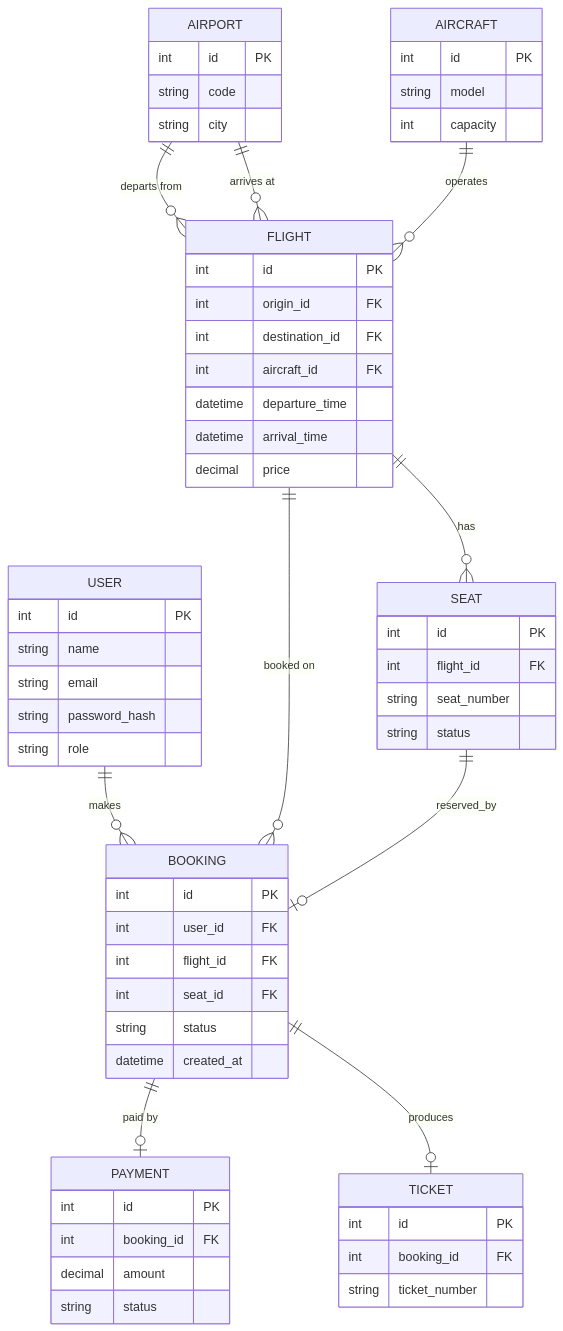
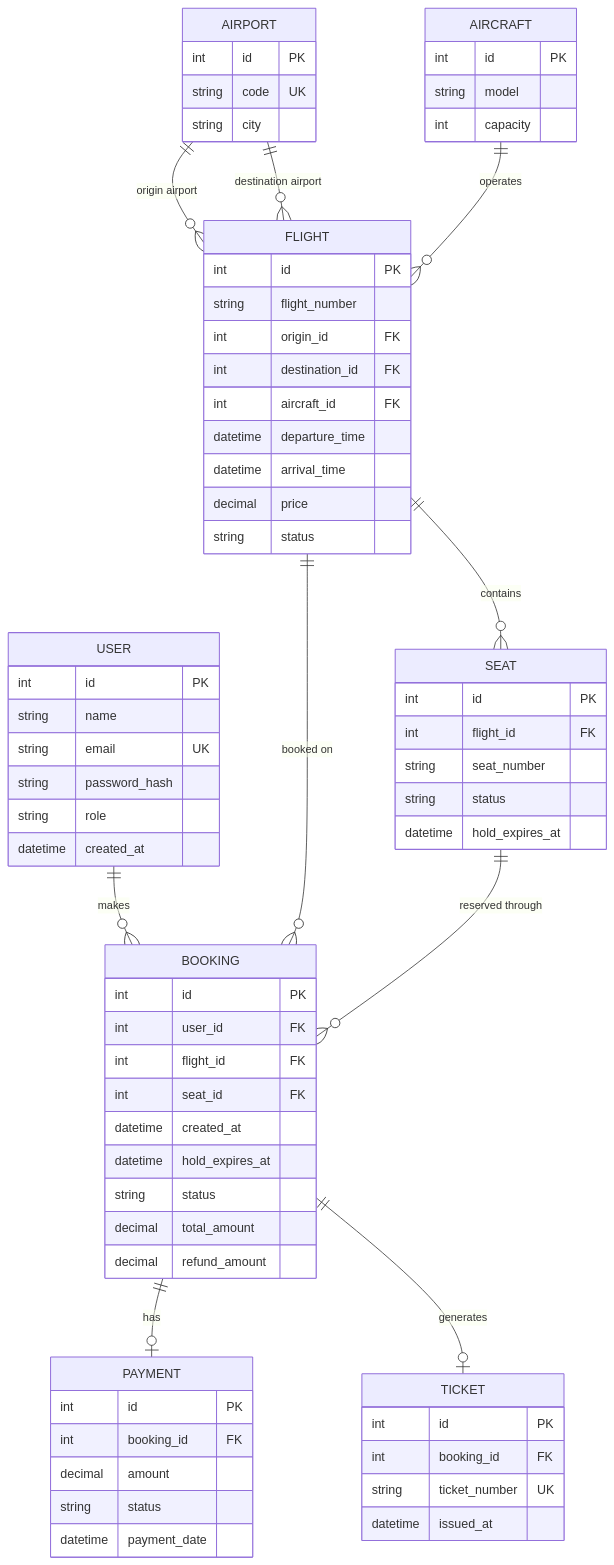
One commit to AbdalslamBondoq/Software-project-Flight-Booking-System changed the diagram in uml/erd.md. Above: the diagram before and after it, drawn with Mermaid. The commit also changed other lines of this file, not shown here.

Commit message:
Add flight booking ER diagram

````diff
--- a/uml/erd.md
+++ b/uml/erd.md
@@ -3,64 +13,86 @@
 ```mermaid
 erDiagram
+
     USER ||--o{ BOOKING : makes
-    AIRPORT ||--o{ FLIGHT : "departs from"
-    AIRPORT ||--o{ FLIGHT : "arrives at"
+
+    AIRPORT ||--o{ FLIGHT : "origin airport"
+    AIRPORT ||--o{ FLIGHT : "destination airport"
+
     AIRCRAFT ||--o{ FLIGHT : operates
-    FLIGHT ||--o{ SEAT : has
+
+    FLIGHT ||--o{ SEAT : contains
     FLIGHT ||--o{ BOOKING : "booked on"
-    SEAT ||--o| BOOKING : reserved_by
-    BOOKING ||--o| PAYMENT : "paid by"
-    BOOKING ||--o| TICKET : produces
+
+    SEAT ||--o{ BOOKING : "reserved through"
+
+    BOOKING ||--o| PAYMENT : has
+    BOOKING ||--o| TICKET : generates
 
     USER {
         int id PK
         string name
-        string email
+        string email UK
         string password_hash
         string role
+        datetime created_at
     }
+
     AIRPORT {
         int id PK
-        string code
+        string code UK
         string city
     }
+
     AIRCRAFT {
         int id PK
         string model
         int capacity
     }
+
     FLIGHT {
         int id PK
+        string flight_number
         int origin_id FK
         int destination_id FK
         int aircraft_id FK
         datetime departure_time
         datetime arrival_time
         decimal price
+        string status
     }
+
     SEAT {
         int id PK
         int flight_id FK
         string seat_number
         string status
+        datetime hold_expires_at
     }
+
     BOOKING {
         int id PK
         int user_id FK
         int flight_id FK
         int seat_id FK
+        datetime created_at
+        datetime hold_expires_at
         string status
-        datetime created_at
+        decimal total_amount
+        decimal refund_amount
     }
+
     PAYMENT {
         int id PK
         int booking_id FK
         decimal amount
         string status
+        datetime payment_date
     }
+
     TICKET {
         int id PK
         int booking_id FK
-        string ticket_number
+        string ticket_number UK
+        datetime issued_at
     }
 ```
````
